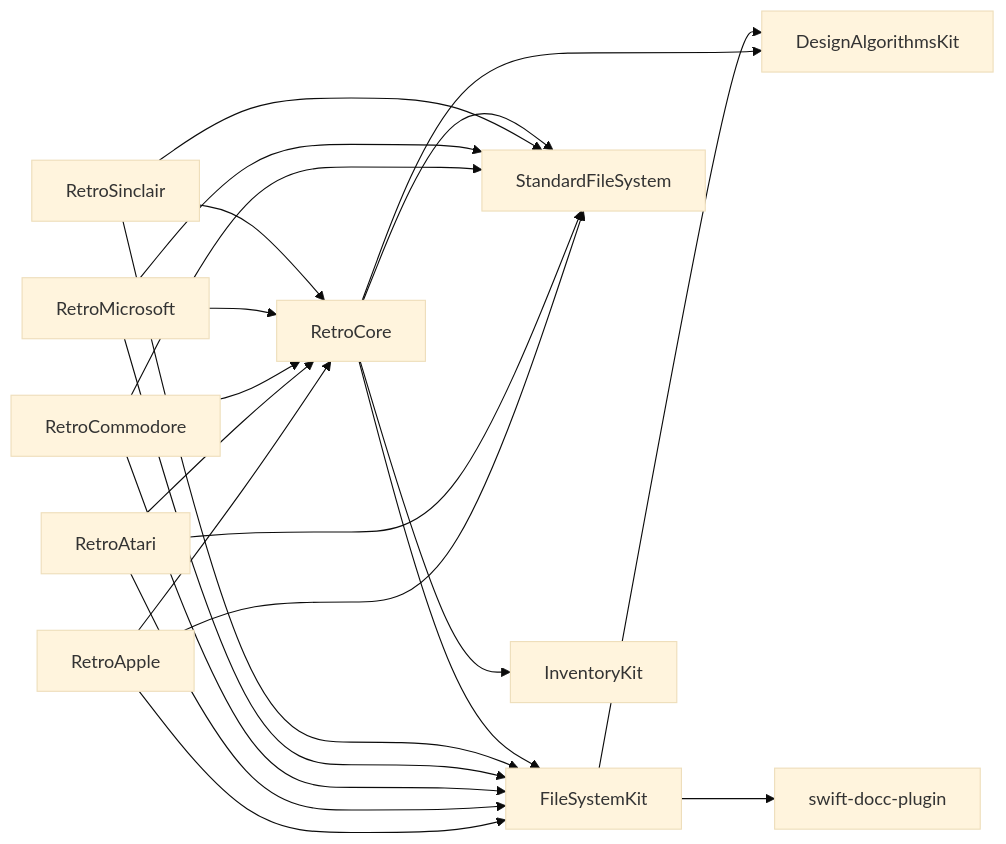
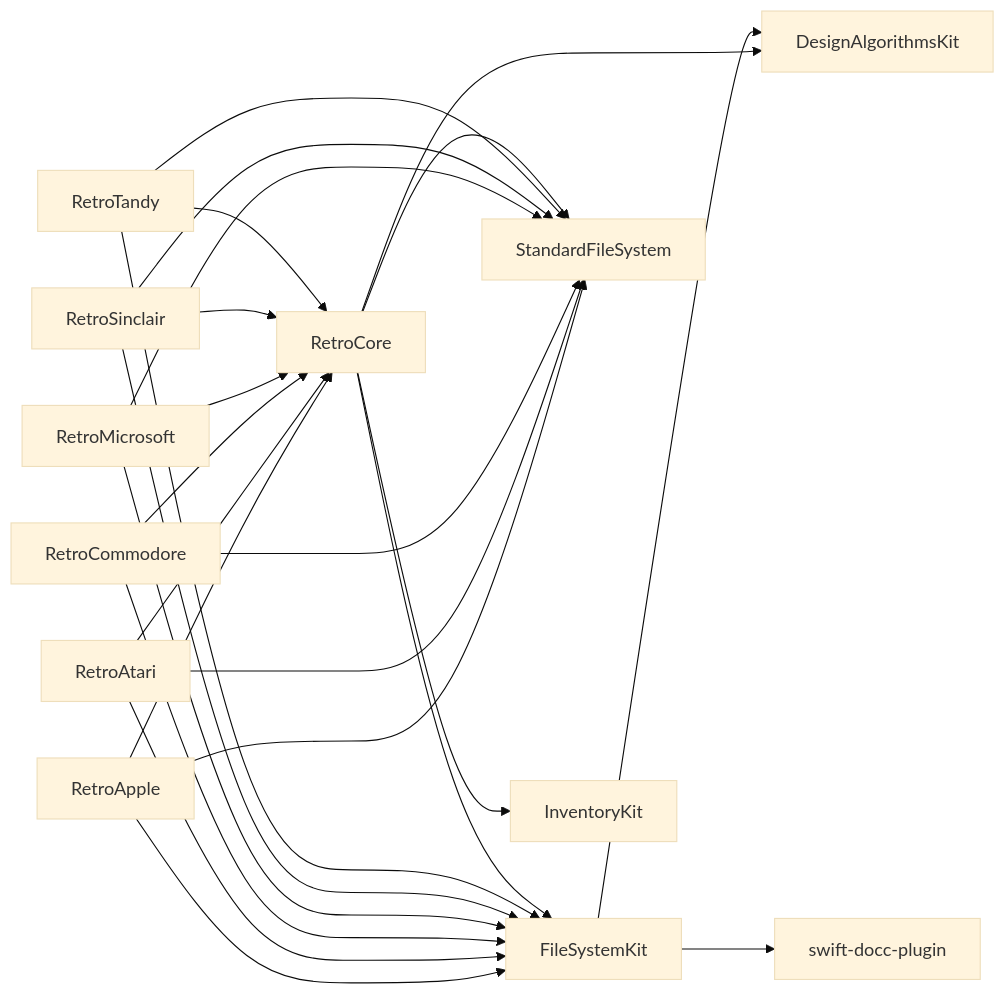
One commit to rickhohler/RetroShell changed the second of 3 diagrams in docs/dependencies.md. Above: the diagram before and after it, drawn with Mermaid (base theme). The commit also changed other lines of this file and 1 other file, not shown here.

Commit message:
Add RetroTandy submodule and update dependency diagrams

````diff
--- a/docs/dependencies.md
+++ b/docs/dependencies.md
@@ -7,31 +53,35 @@
 ```mermaid
 graph LR
     %% Submodule packages
     RetroApple --> FileSystemKit
     RetroApple --> RetroCore
     RetroApple --> StandardFileSystem
 
     RetroAtari --> FileSystemKit
     RetroAtari --> RetroCore
     RetroAtari --> StandardFileSystem
 
     RetroCommodore --> FileSystemKit
     RetroCommodore --> RetroCore
     RetroCommodore --> StandardFileSystem
 
     RetroMicrosoft --> FileSystemKit
     RetroMicrosoft --> RetroCore
     RetroMicrosoft --> StandardFileSystem
 
     RetroSinclair --> FileSystemKit
     RetroSinclair --> RetroCore
     RetroSinclair --> StandardFileSystem
 
+    RetroTandy --> FileSystemKit
+    RetroTandy --> RetroCore
+    RetroTandy --> StandardFileSystem
+
     RetroCore --> FileSystemKit
     RetroCore --> StandardFileSystem
     RetroCore --> DesignAlgorithmsKit
     RetroCore --> InventoryKit
 
     FileSystemKit --> DesignAlgorithmsKit
     FileSystemKit --> swift-docc-plugin
 ```
````
